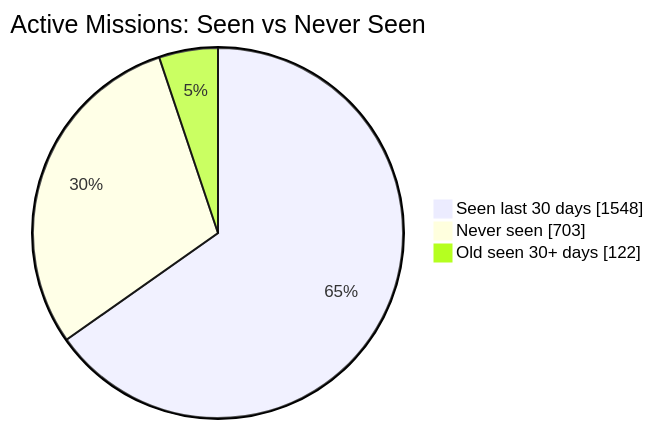
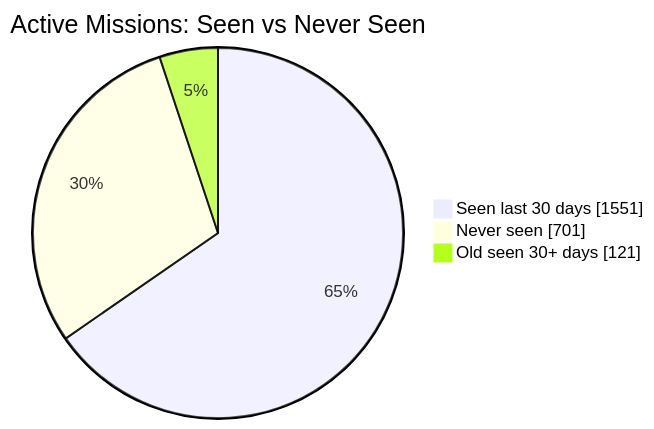
Before and after one commit to MeldkamerspelGameTeam/active-missions: the first of 2 diagrams in README.md, drawn with Mermaid. The commit also changed other lines of this file and 3 other files, not shown here.

````diff
--- a/README.md
+++ b/README.md
@@ -34,7 +34,7 @@
 ```mermaid
 pie showData
     title Active Missions: Seen vs Never Seen
-    "Seen last 30 days" : 1548
-    "Never seen" : 703
-    "Old seen 30+ days" : 122
+    "Seen last 30 days" : 1551
+    "Never seen" : 701
+    "Old seen 30+ days" : 121
 ```
````
